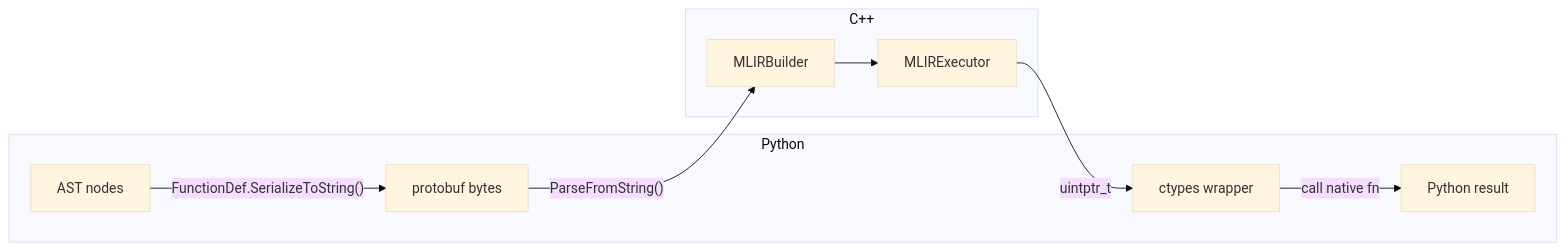
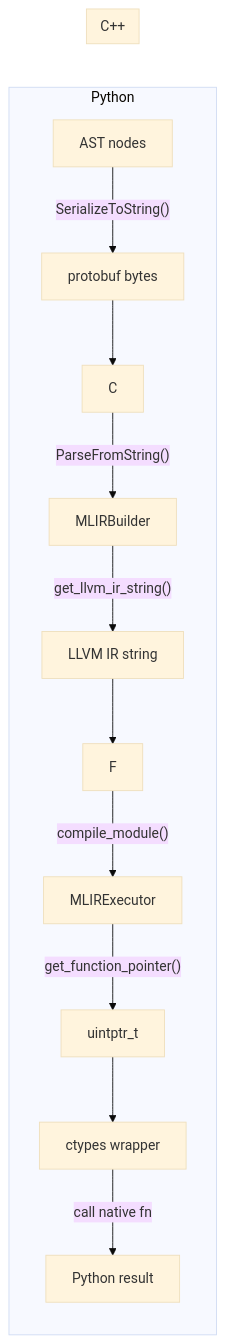
The second of 2 diagrams in ARCHITECTURE.md (lbj321/ml-edsl), drawn with Mermaid (base theme) before and after one commit. The commit also changed other lines of this file, not shown here.

Commit message:
ARCHITECTURE update

````diff
--- a/ARCHITECTURE.md
+++ b/ARCHITECTURE.md
@@ -159,12 +159,16 @@
 ```mermaid
 flowchart LR
     subgraph Python
-        A[AST nodes] -->|"FunctionDef.SerializeToString()"| B[protobuf bytes]
-        E[ctypes wrapper] -->|"call native fn"| F[Python result]
+        A[AST nodes] -->|"SerializeToString()"| B[protobuf bytes]
+        B --> C
+        D -->|"get_llvm_ir_string()"| E[LLVM IR string]
+        E --> F
+        G -->|"get_function_pointer()"| H["uintptr_t"]
+        H --> I[ctypes wrapper]
+        I -->|"call native fn"| J[Python result]
     end
     subgraph C++
-        B -->|"ParseFromString()"| C[MLIRBuilder]
-        C --> D[MLIRExecutor]
-        D -->|"uintptr_t"| E
+        C -->|"ParseFromString()"| D[MLIRBuilder]
+        F -->|"compile_module()"| G[MLIRExecutor]
     end
 ```
````
